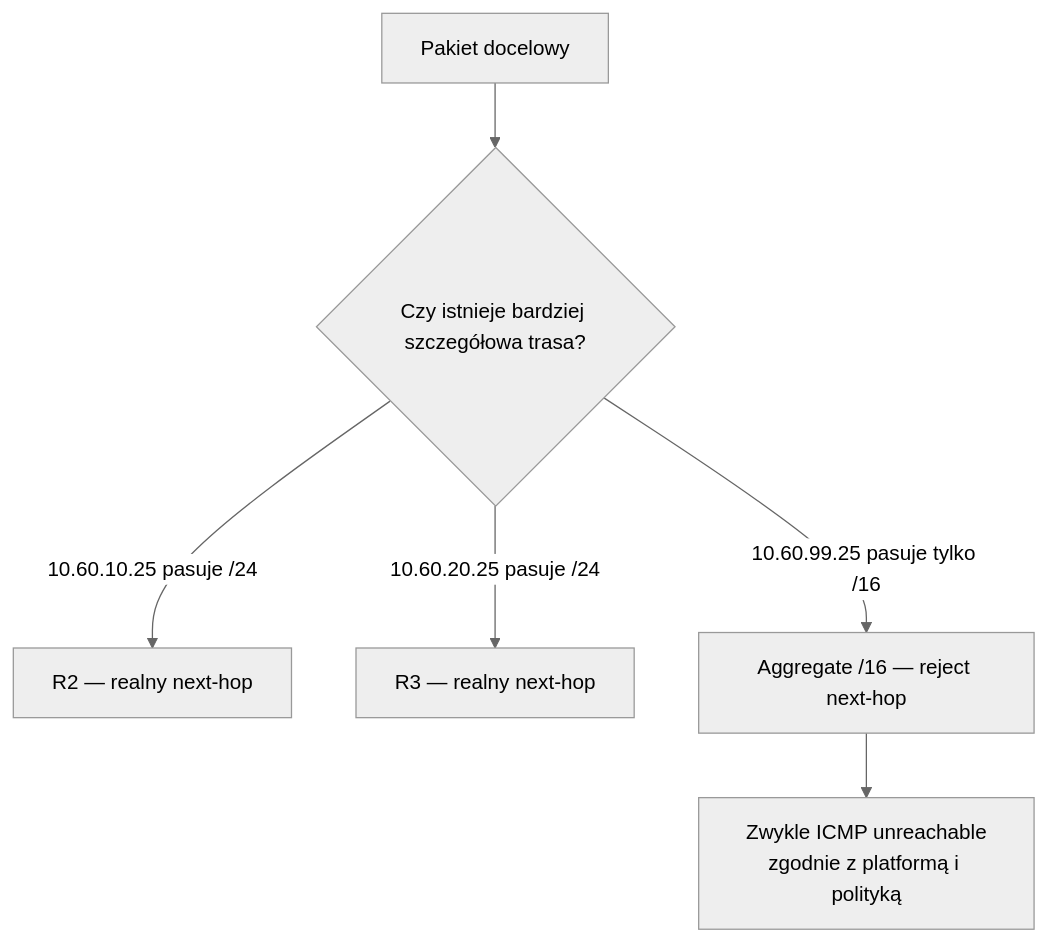
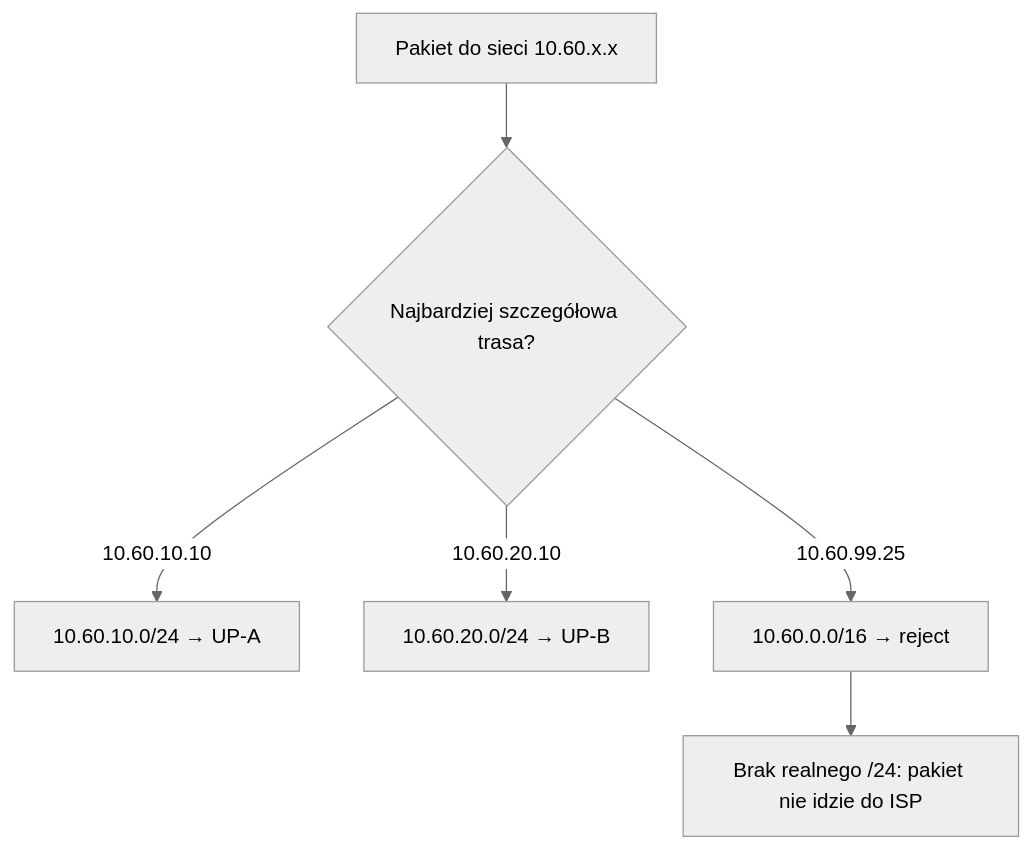
The second of 8 diagrams in docs/chapters/JUNOS_Rozdzial_07_Protocol_Independent_Routing.md (nelto79/jncip), drawn with Mermaid (neutral theme) before and after one commit. The commit also changed other lines of this file, not shown here.

```diff
--- a/docs/chapters/JUNOS_Rozdzial_07_Protocol_Independent_Routing.md
+++ b/docs/chapters/JUNOS_Rozdzial_07_Protocol_Independent_Routing.md
@@ -75,8 +93,8 @@
 ~~~mermaid
 flowchart TD
-  P["Pakiet docelowy"] --> LPM{"Czy istnieje bardziej szczegółowa trasa?"}
-  LPM -->|10.60.10.25 pasuje /24| R2["R2 — realny next-hop"]
-  LPM -->|10.60.20.25 pasuje /24| R3["R3 — realny next-hop"]
-  LPM -->|10.60.99.25 pasuje tylko /16| REJ["Aggregate /16 — reject next-hop"]
-  REJ --> ICMP["Zwykle ICMP unreachable\nzgodnie z platformą i polityką"]
+  P["Pakiet do sieci 10.60.x.x"] --> L{"Najbardziej szczegółowa trasa?"}
+  L -->|10.60.10.10| A["10.60.10.0/24 → UP-A"]
+  L -->|10.60.20.10| B["10.60.20.0/24 → UP-B"]
+  L -->|10.60.99.25| S["10.60.0.0/16 → reject"]
+  S --> X["Brak realnego /24: pakiet nie idzie do ISP"]
 ~~~
```
